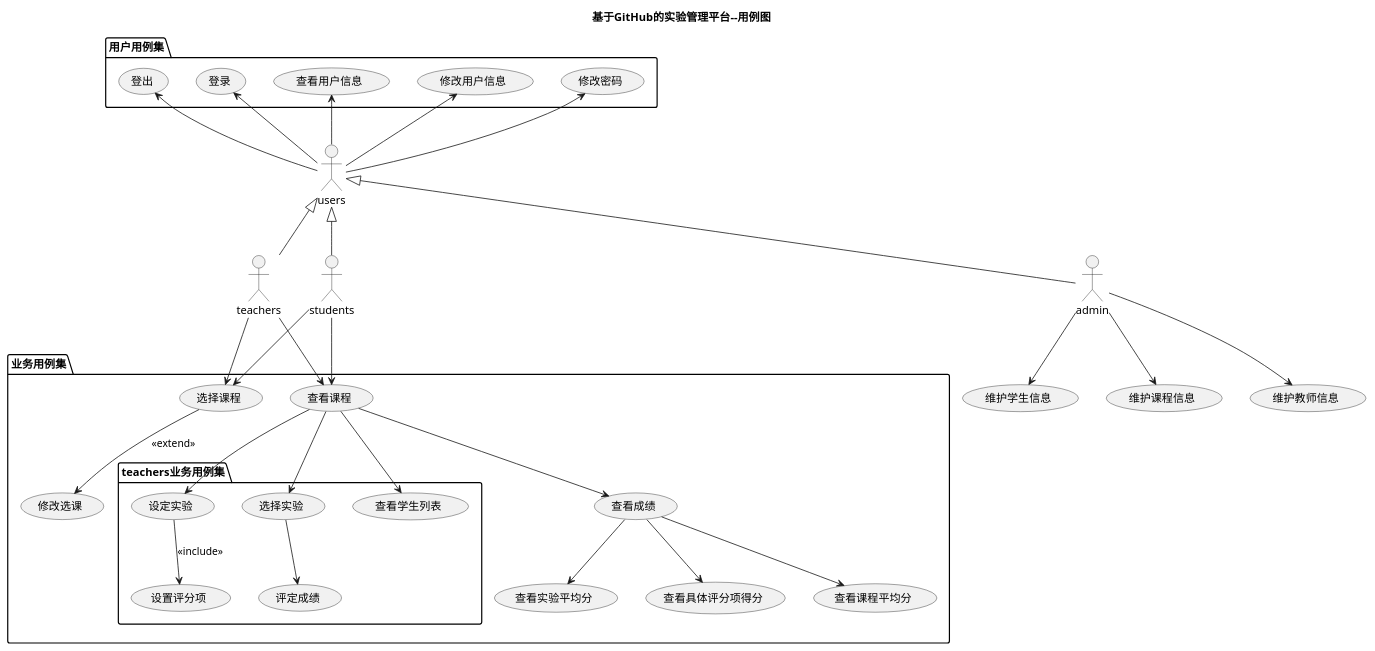
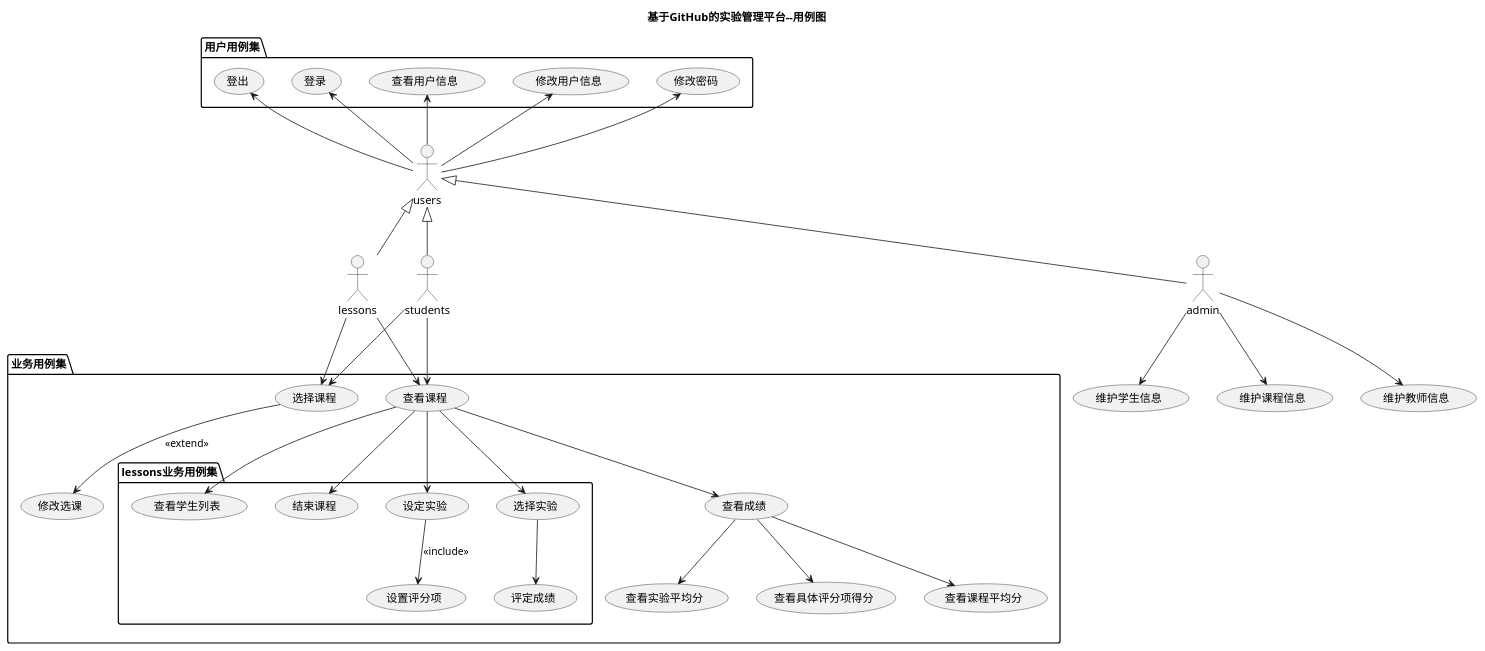
Before and after one commit to mzy1997/is_analysis: the diagram in test6/src/UserCase.puml, drawn with PlantUML. The commit also changed 35 other files, not shown here.

```diff
--- a/test6/src/UserCase.puml
+++ b/test6/src/UserCase.puml
@@ -1,41 +1,42 @@
 @startuml
 title 基于GitHub的实验管理平台--用例图
 actor users
-actor teachers
+actor lessons
 actor students
 actor admin
-users <|-- teachers
+users <|-- lessons
 users <|-- students
 users <|-- admin
 package 用户用例集{
 users -up-> (修改密码)
 users -up-> (修改用户信息)
 users -up-> (查看用户信息)
 users -up-> (登录)
 users -up-> (登出)
 }
 package 业务用例集{
-teachers --> (选择课程)
+lessons --> (选择课程)
 students --> (选择课程)
 (选择课程) -down-> (修改选课):<<extend>>
-teachers -down-> (查看课程)
-package teachers业务用例集{
+lessons -down-> (查看课程)
+package lessons业务用例集{
 (查看课程) -down-> (设定实验)
 (设定实验) -down-> (设置评分项):<<include>>
 (查看课程)-down-> (选择实验)
 (选择实验) --> (评定成绩)
 (查看课程) -down-> (查看学生列表)
+(查看课程) -down-> (结束课程)
 }
 
 students -down-> (查看课程)
 (查看课程) -down-> (查看成绩)
 (查看成绩) --> (查看课程平均分)
 (查看成绩) --> (查看实验平均分)
 (查看成绩) --> (查看具体评分项得分)
 
 }
 
 admin --> (维护课程信息)
 admin --> (维护教师信息)
 admin --> (维护学生信息)
 @enduml
```
